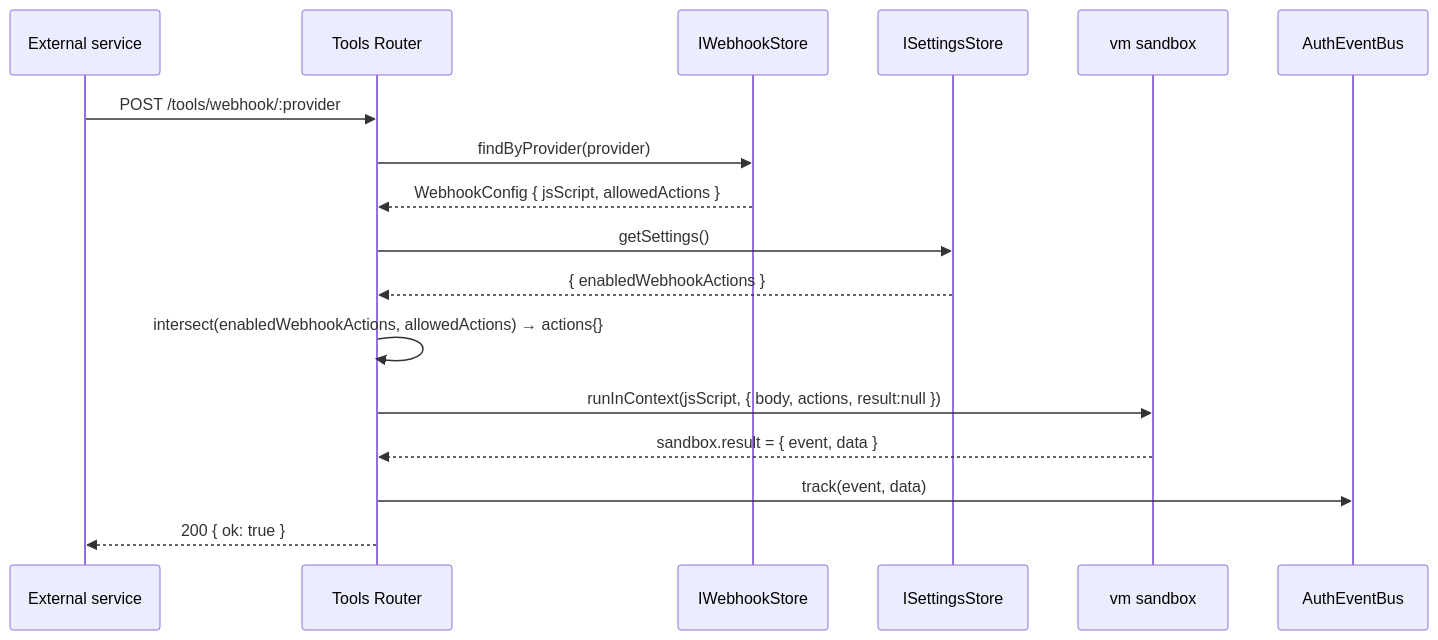
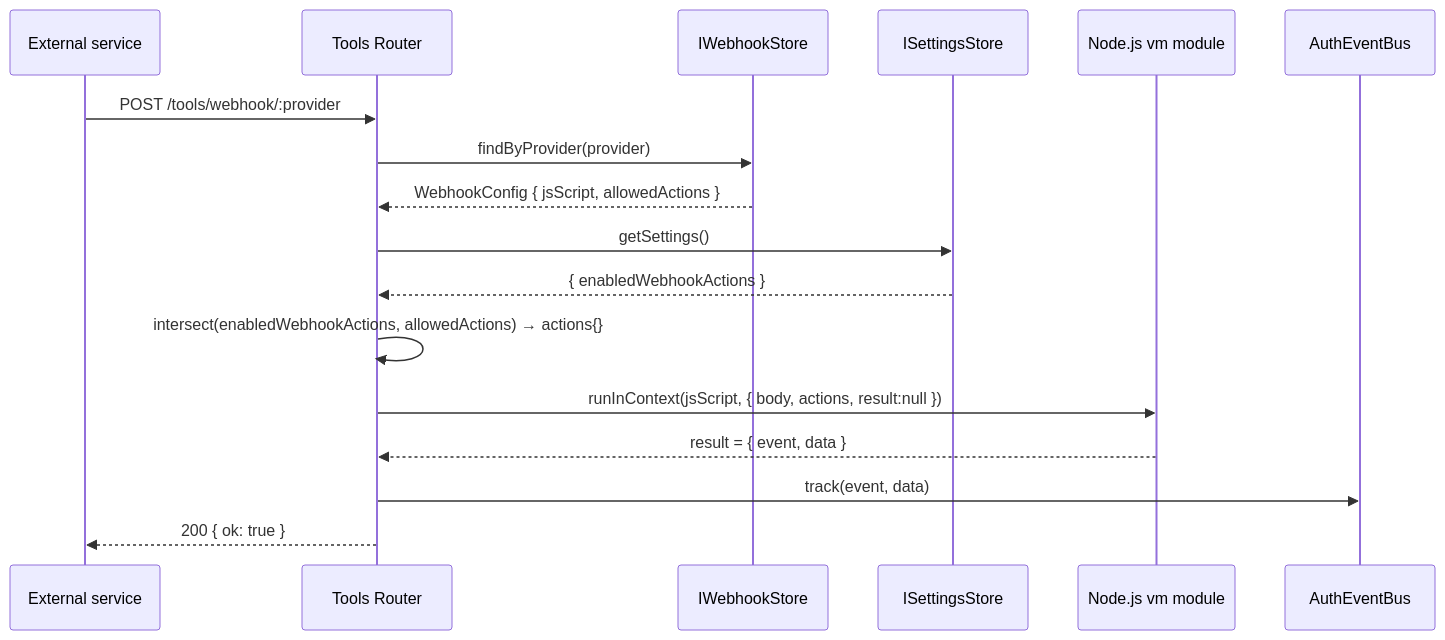
The second of 2 diagrams in docs/advanced/webhooks.md (awesome-lang-auth/awesome-lang-auth), drawn with Mermaid before and after one commit. The commit also changed other lines of this file and 53 other files, not shown here.

````diff
--- a/docs/advanced/webhooks.md
+++ b/docs/advanced/webhooks.md
@@ -163,20 +167,20 @@
 ```mermaid
 sequenceDiagram
     participant Ext as External service
     participant Router as Tools Router
     participant Store as IWebhookStore
     participant Sett as ISettingsStore
-    participant VM as vm sandbox
+    participant VM as Node.js vm module
     participant Bus as AuthEventBus
 
     Ext->>Router: POST /tools/webhook/:provider
     Router->>Store: findByProvider(provider)
     Store-->>Router: WebhookConfig { jsScript, allowedActions }
     Router->>Sett: getSettings()
     Sett-->>Router: { enabledWebhookActions }
     Router->>Router: intersect(enabledWebhookActions, allowedActions) → actions{}
     Router->>VM: runInContext(jsScript, { body, actions, result:null })
-    VM-->>Router: sandbox.result = { event, data }
+    VM-->>Router: result = { event, data }
     Router->>Bus: track(event, data)
     Router-->>Ext: 200 { ok: true }
 ```
````
